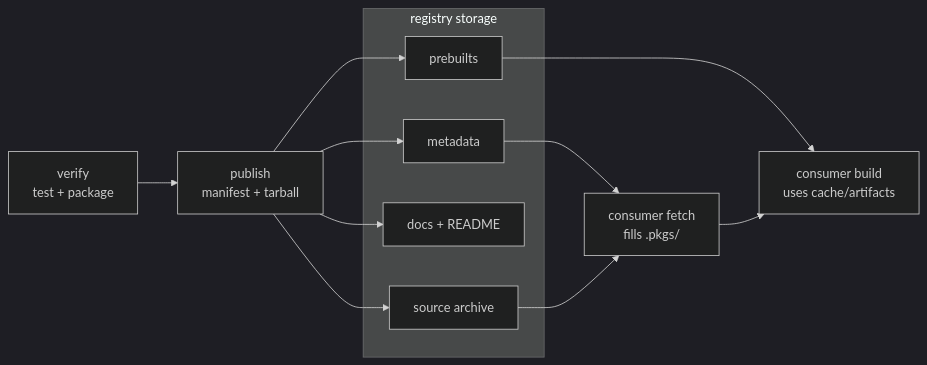
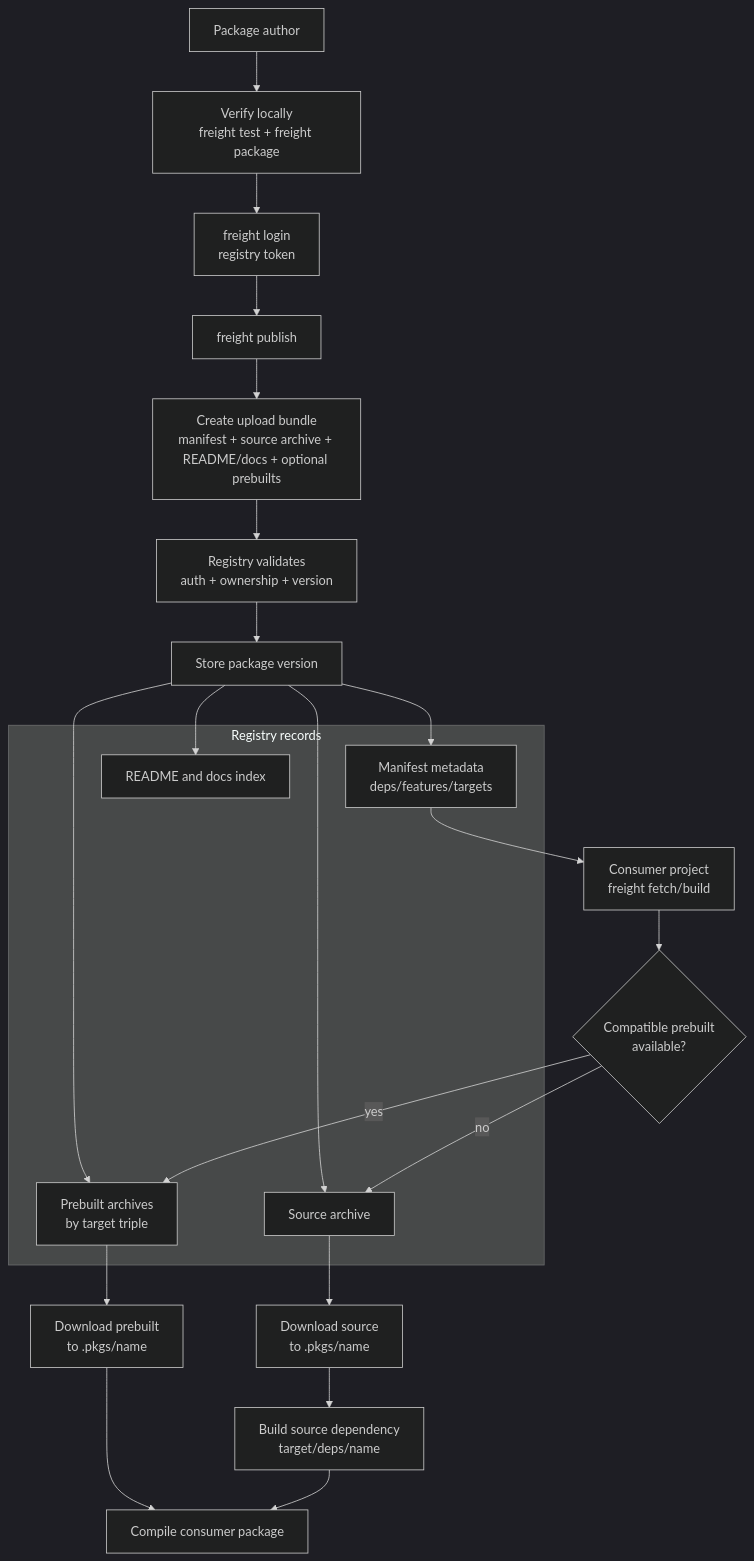
Before and after one commit to freight-app/freight-docs: the diagram in diagrams/publish-registry.mmd, drawn with Mermaid (dark theme). The commit also changed 7 other files, not shown here.

Commit message:
docs: clarify process diagrams

```diff
--- a/diagrams/publish-registry.mmd
+++ b/diagrams/publish-registry.mmd
@@ -1,23 +1,32 @@
-flowchart LR
-  verify["verify<br/>test + package"]
-  publish["publish<br/>manifest + tarball"]
+flowchart TD
+  author["Package author"]
+  verify["Verify locally<br/>freight test + freight package"]
+  login["freight login<br/>registry token"]
+  publish["freight publish"]
+  bundle["Create upload bundle<br/>manifest + source archive + README/docs + optional prebuilts"]
 
-  subgraph registry["registry storage"]
-    metadata["metadata"]
-    source["source archive"]
-    docs["docs + README"]
-    prebuilts["prebuilts"]
+  validate["Registry validates<br/>auth + ownership + version"]
+  store["Store package version"]
+
+  subgraph stored["Registry records"]
+    metadata["Manifest metadata<br/>deps/features/targets"]
+    source["Source archive"]
+    docs["README and docs index"]
+    prebuilts["Prebuilt archives<br/>by target triple"]
   end
 
-  fetch["consumer fetch<br/>fills .pkgs/"]
-  build["consumer build<br/>uses cache/artifacts"]
+  consumer["Consumer project<br/>freight fetch/build"]
+  choose{"Compatible prebuilt<br/>available?"}
+  downloadPrebuilt["Download prebuilt<br/>to .pkgs/name"]
+  downloadSource["Download source<br/>to .pkgs/name"]
+  buildSource["Build source dependency<br/>target/deps/name"]
+  compile["Compile consumer package"]
 
-  verify --> publish
-  publish --> metadata
-  publish --> source
-  publish --> docs
-  publish --> prebuilts
-  metadata --> fetch
-  source --> fetch
-  prebuilts --> build
-  fetch --> build
+  author --> verify --> login --> publish --> bundle --> validate --> store
+  store --> metadata
+  store --> source
+  store --> docs
+  store --> prebuilts
+  metadata --> consumer --> choose
+  choose -- "yes" --> prebuilts --> downloadPrebuilt --> compile
+  choose -- "no" --> source --> downloadSource --> buildSource --> compile
```
